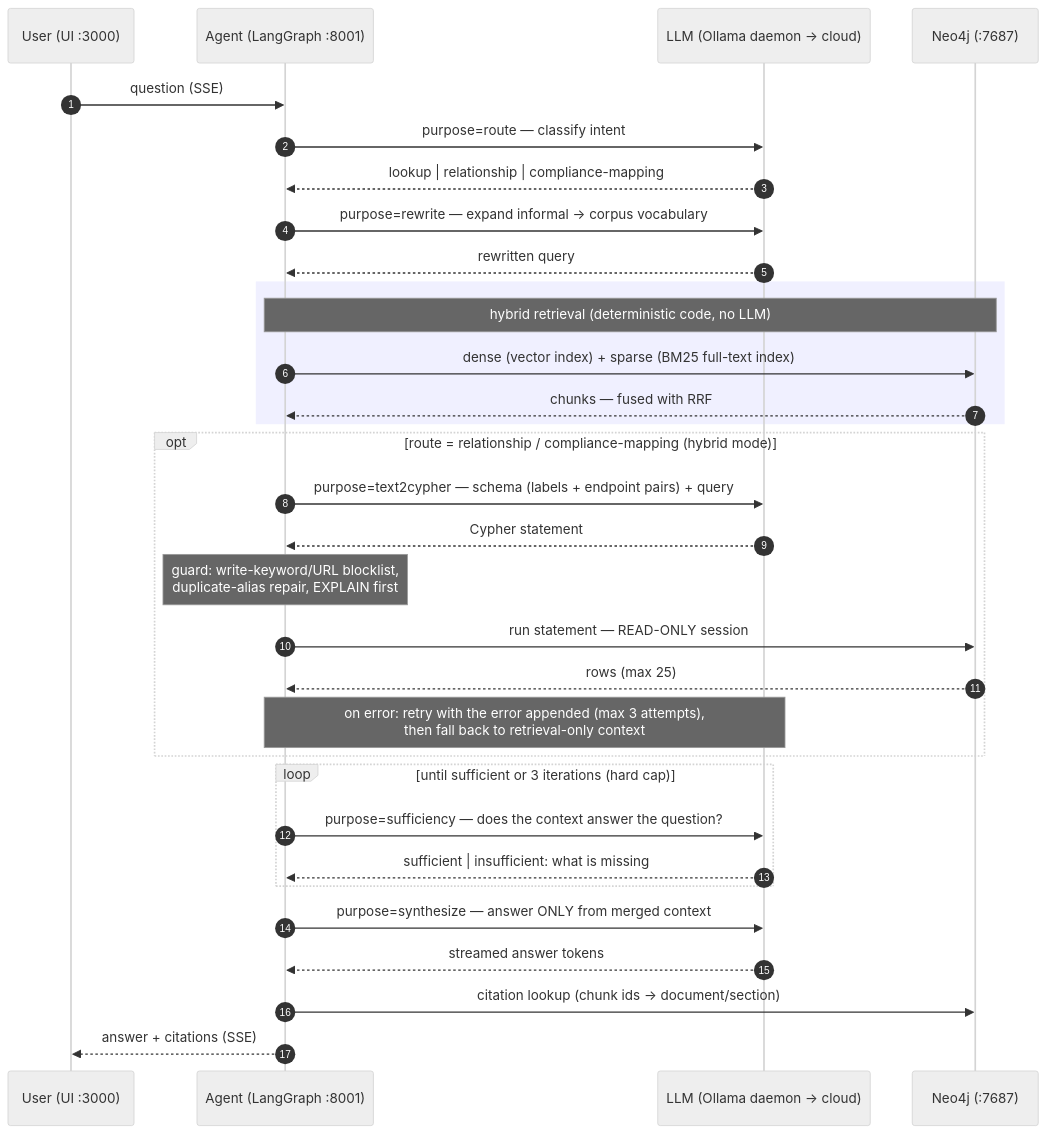
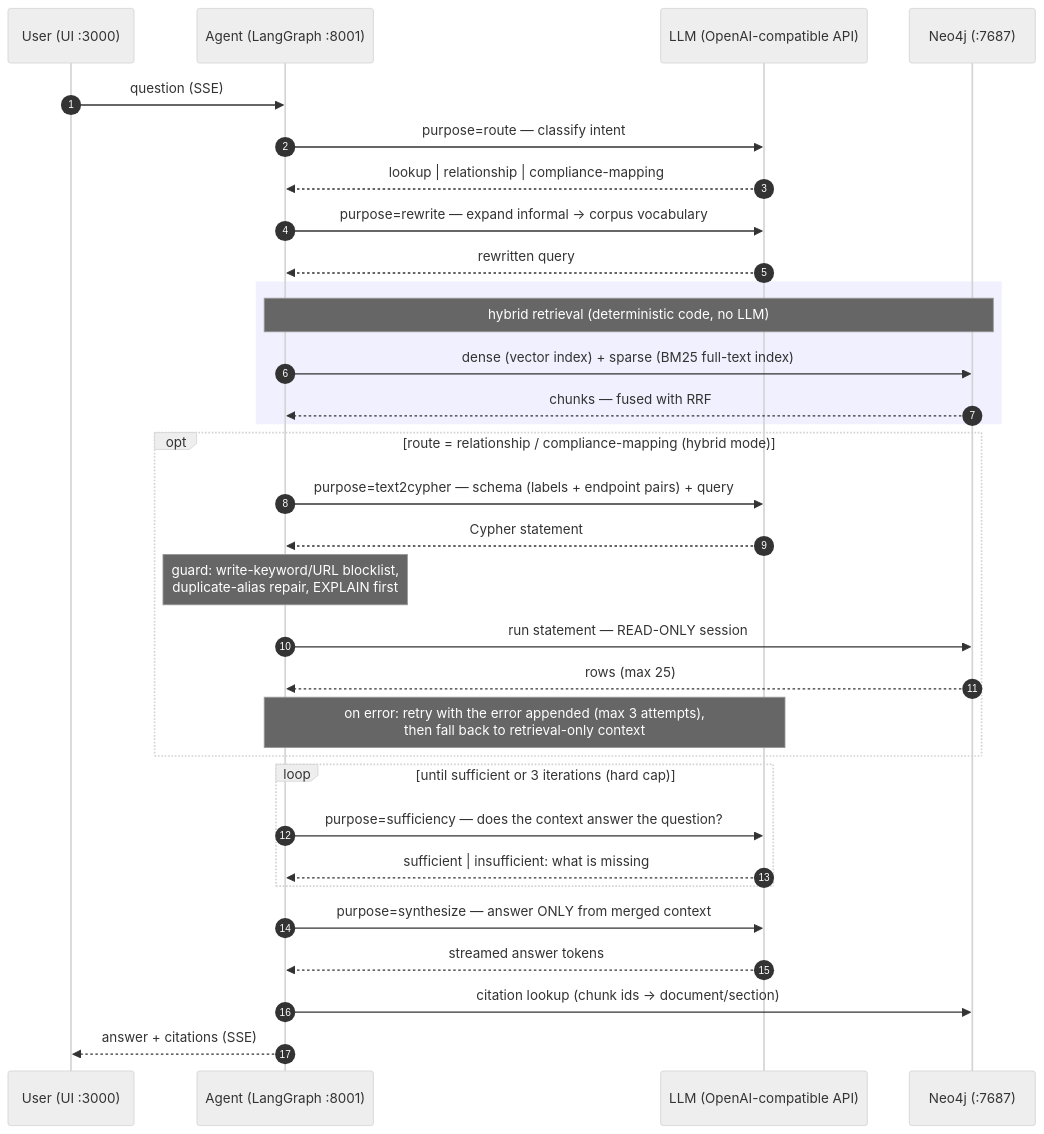
One commit to tomconn/graphrag changed the second of 2 diagrams in README.md. Above: the diagram before and after it, drawn with Mermaid (neutral theme). The commit also changed other lines of this file and 7 other files, not shown here.

First line of the commit message:
Provider-agnostic LLM configuration: OLLAMA_* -> LLM_* env vars

````diff
--- a/README.md
+++ b/README.md
@@ -114,39 +114,39 @@
 ```mermaid
 sequenceDiagram
     autonumber
     participant U as User (UI :3000)
     participant A as Agent (LangGraph :8001)
-    participant L as LLM (Ollama daemon → cloud)
+    participant L as LLM (OpenAI-compatible API)
     participant N as Neo4j (:7687)
 
     U->>A: question (SSE)
     A->>L: purpose=route — classify intent
     L-->>A: lookup | relationship | compliance-mapping
     A->>L: purpose=rewrite — expand informal → corpus vocabulary
     L-->>A: rewritten query
 
     rect rgb(240, 240, 255)
         note over A,N: hybrid retrieval (deterministic code, no LLM)
         A->>N: dense (vector index) + sparse (BM25 full-text index)
         N-->>A: chunks — fused with RRF
     end
 
     opt route = relationship / compliance-mapping (hybrid mode)
         A->>L: purpose=text2cypher — schema (labels + endpoint pairs) + query
         L-->>A: Cypher statement
         note over A: guard: write-keyword/URL blocklist,<br/>duplicate-alias repair, EXPLAIN first
         A->>N: run statement — READ-ONLY session
         N-->>A: rows (max 25)
         note over A,L: on error: retry with the error appended (max 3 attempts),<br/>then fall back to retrieval-only context
     end
 
     loop until sufficient or 3 iterations (hard cap)
         A->>L: purpose=sufficiency — does the context answer the question?
         L-->>A: sufficient | insufficient: what is missing
     end
 
     A->>L: purpose=synthesize — answer ONLY from merged context
     L-->>A: streamed answer tokens
     A->>N: citation lookup (chunk ids → document/section)
     A-->>U: answer + citations (SSE)
 ```
````
